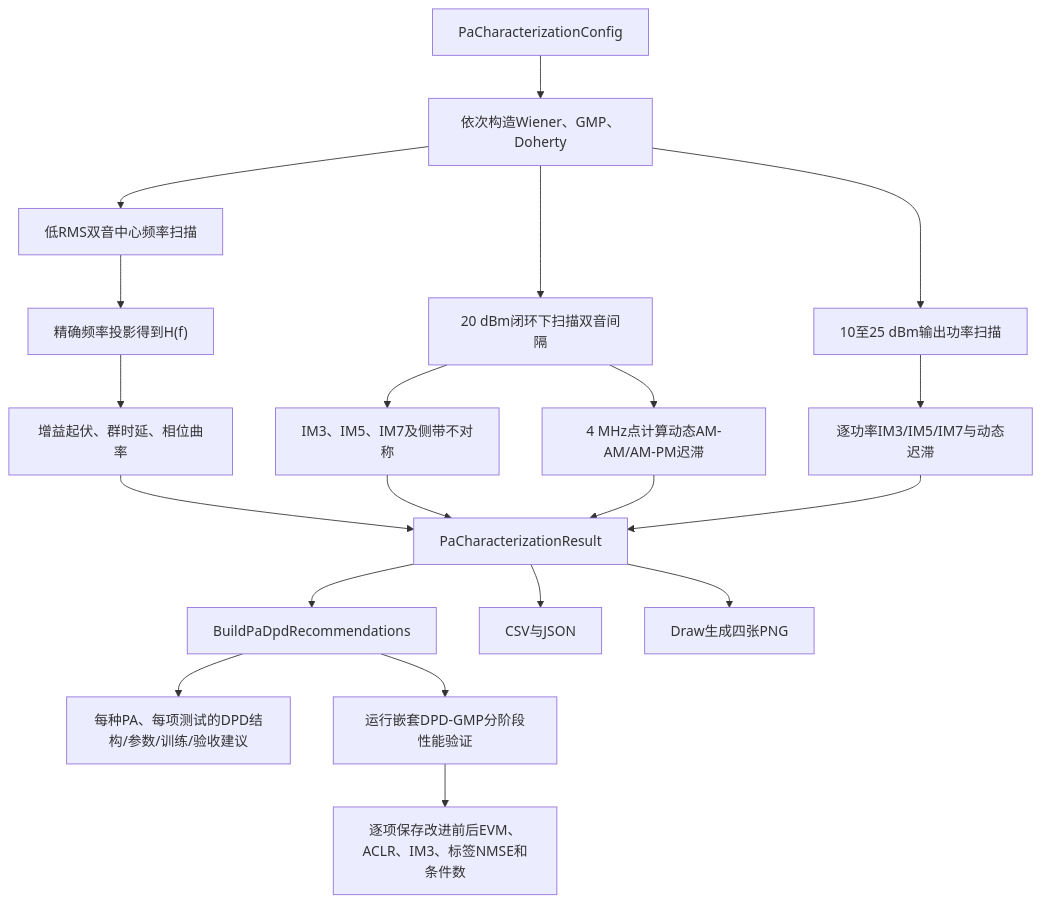
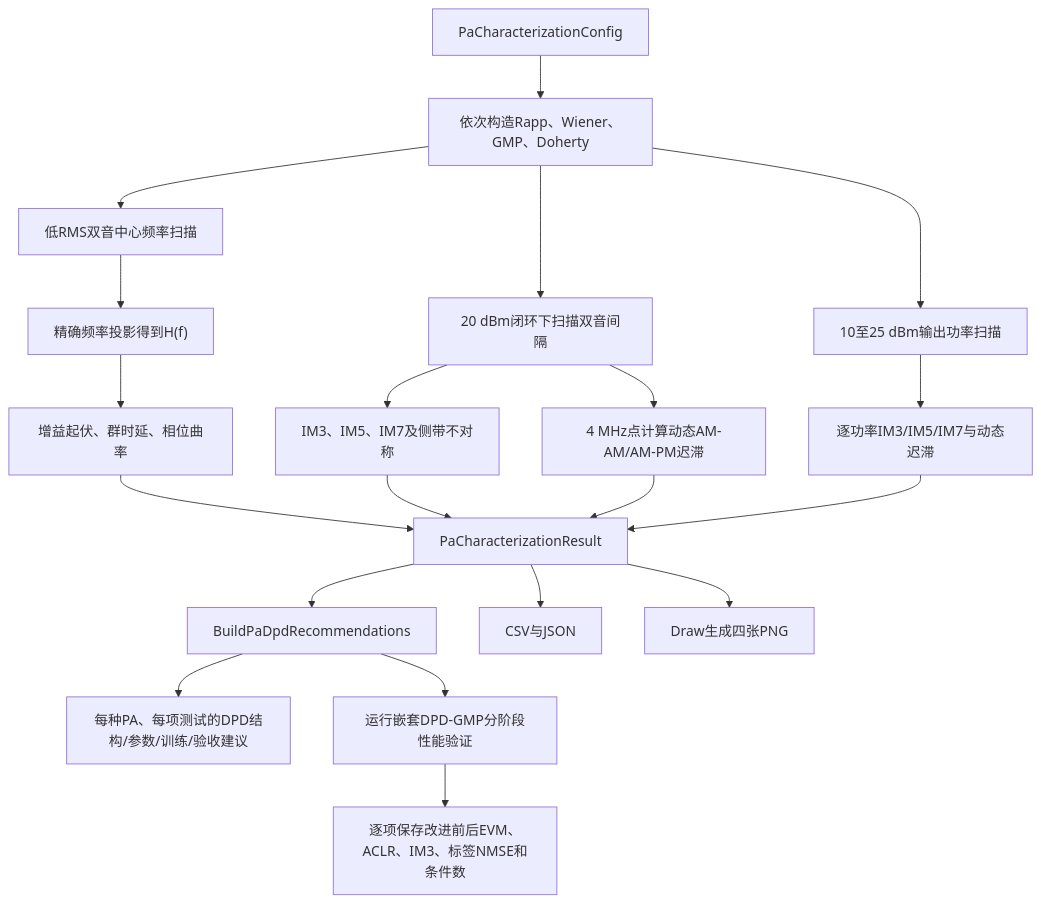
One commit to niyilu45/DPD_ILC changed the first of 2 diagrams in doc/PaAnalyse.md. Above: the diagram before and after it, drawn with Mermaid. The commit also changed other lines of this file and 29 other files, not shown here.

````diff
--- a/doc/PaAnalyse.md
+++ b/doc/PaAnalyse.md
@@ -422,22 +427,22 @@
 ```mermaid
 flowchart TD
-    config["PaCharacterizationConfig"] --> models["依次构造Wiener、GMP、Doherty"]
+    config["PaCharacterizationConfig"] --> models["依次构造Rapp、Wiener、GMP、Doherty"]
     models --> frequency["低RMS双音中心频率扫描"]
     frequency --> projection["精确频率投影得到H(f)"]
     projection --> linearSummary["增益起伏、群时延、相位曲率"]
     models --> spacing["20 dBm闭环下扫描双音间隔"]
     spacing --> im["IM3、IM5、IM7及侧带不对称"]
     spacing --> hysteresis["4 MHz点计算动态AM-AM/AM-PM迟滞"]
     models --> power["10至25 dBm输出功率扫描"]
     power --> powerMetrics["逐功率IM3/IM5/IM7与动态迟滞"]
     linearSummary --> result["PaCharacterizationResult"]
     im --> result
     hysteresis --> result
     powerMetrics --> result
     result --> recommendation["BuildPaDpdRecommendations"]
     recommendation --> design["每种PA、每项测试的DPD结构/参数/训练/验收建议"]
     recommendation --> dpdGmp["运行嵌套DPD-GMP分阶段性能验证"]
     dpdGmp --> dpdCompare["逐项保存改进前后EVM、ACLR、IM3、标签NMSE和条件数"]
     result --> data["CSV与JSON"]
     result --> draw["Draw生成四张PNG"]
 ```
````
